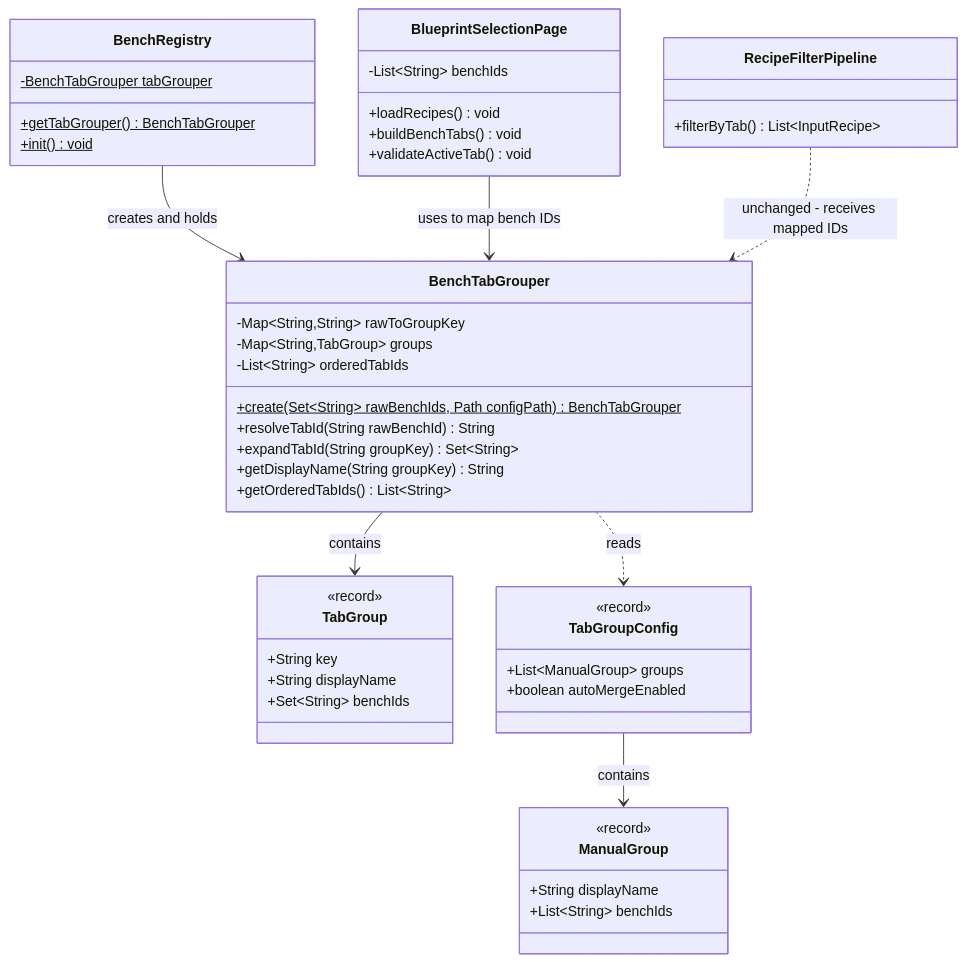
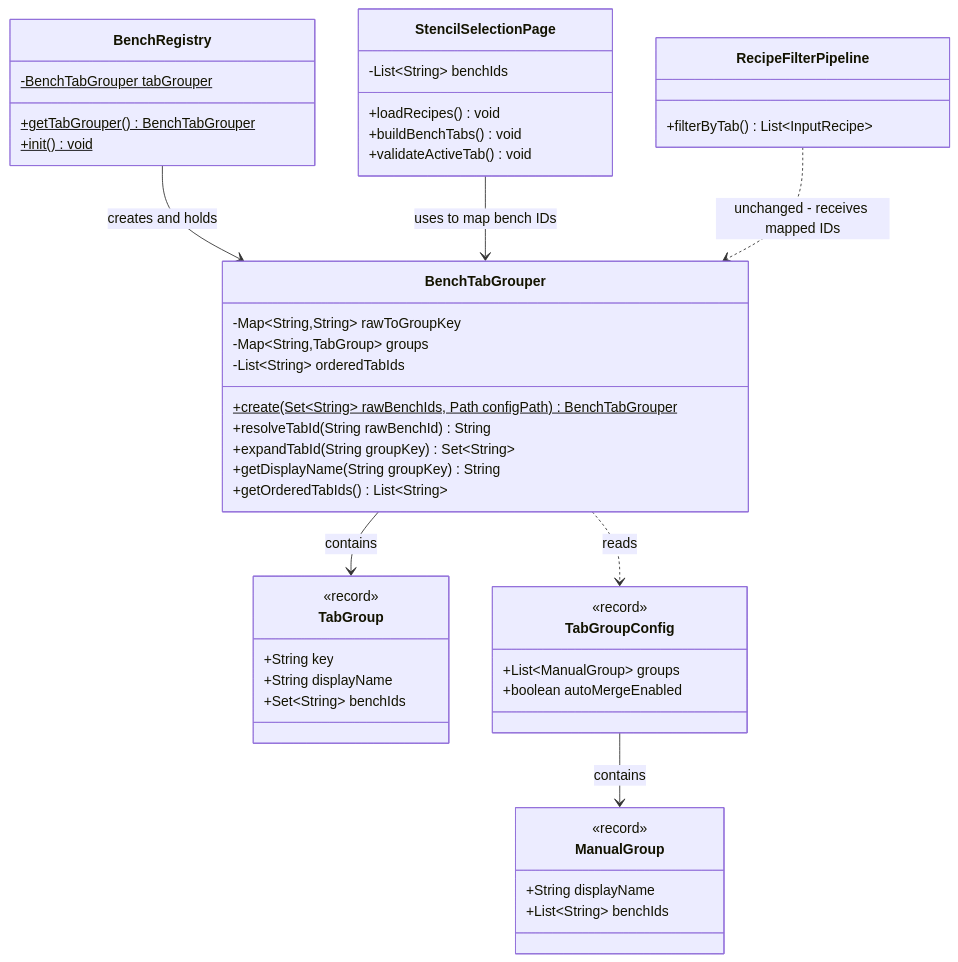
One commit to TheCodeCreature/Hytale-Example-Plugin changed the first of 3 diagrams in docs/design-bench-tab-grouping.md. Above: the diagram before and after it, drawn with Mermaid. The commit also changed other lines of this file and 289 other files, not shown here.

````diff
--- a/docs/design-bench-tab-grouping.md
+++ b/docs/design-bench-tab-grouping.md
@@ -16,56 +16,56 @@
 ```mermaid
 classDiagram
     class BenchTabGrouper {
         -Map~String,String~ rawToGroupKey
         -Map~String,TabGroup~ groups
         -List~String~ orderedTabIds
         +create(Set~String~ rawBenchIds, Path configPath)$ BenchTabGrouper
         +resolveTabId(String rawBenchId) String
         +expandTabId(String groupKey) Set~String~
         +getDisplayName(String groupKey) String
         +getOrderedTabIds() List~String~
     }
 
     class TabGroup {
         <<record>>
         +String key
         +String displayName
         +Set~String~ benchIds
     }
 
     class TabGroupConfig {
         <<record>>
         +List~ManualGroup~ groups
         +boolean autoMergeEnabled
     }
 
     class ManualGroup {
         <<record>>
         +String displayName
         +List~String~ benchIds
     }
 
     class BenchRegistry {
         -BenchTabGrouper tabGrouper$
         +getTabGrouper()$ BenchTabGrouper
         +init()$ void
     }
 
-    class BlueprintSelectionPage {
+    class StencilSelectionPage {
         -List~String~ benchIds
         +loadRecipes() void
         +buildBenchTabs() void
         +validateActiveTab() void
     }
 
     class RecipeFilterPipeline {
         +filterByTab() List~InputRecipe~
     }
 
     BenchTabGrouper --> TabGroup : contains
     BenchTabGrouper ..> TabGroupConfig : reads
     TabGroupConfig --> ManualGroup : contains
     BenchRegistry --> BenchTabGrouper : creates and holds
-    BlueprintSelectionPage --> BenchTabGrouper : uses to map bench IDs
+    StencilSelectionPage --> BenchTabGrouper : uses to map bench IDs
     RecipeFilterPipeline ..> BenchTabGrouper : unchanged - receives mapped IDs
 ```
````
